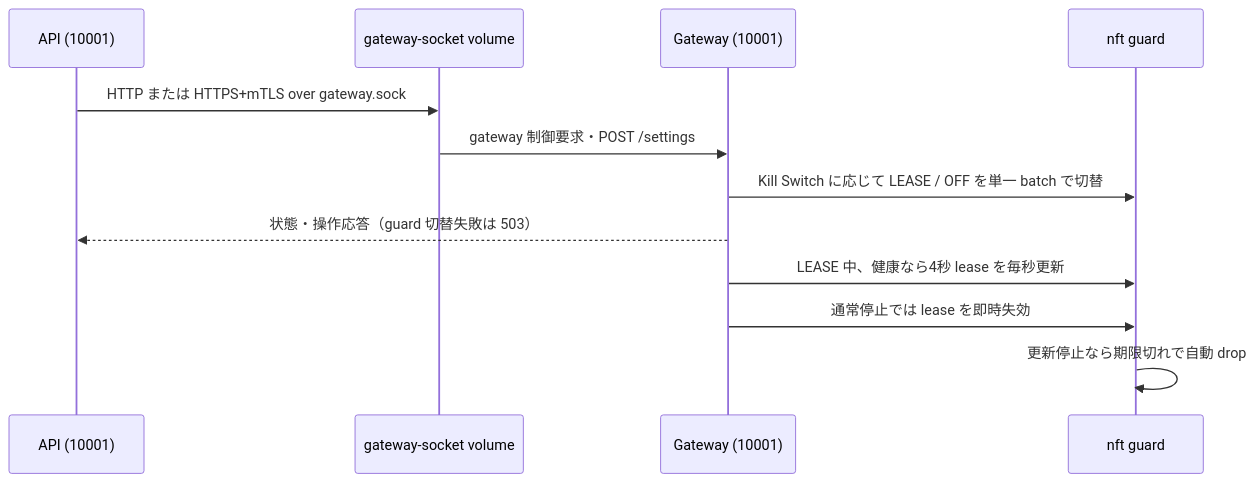
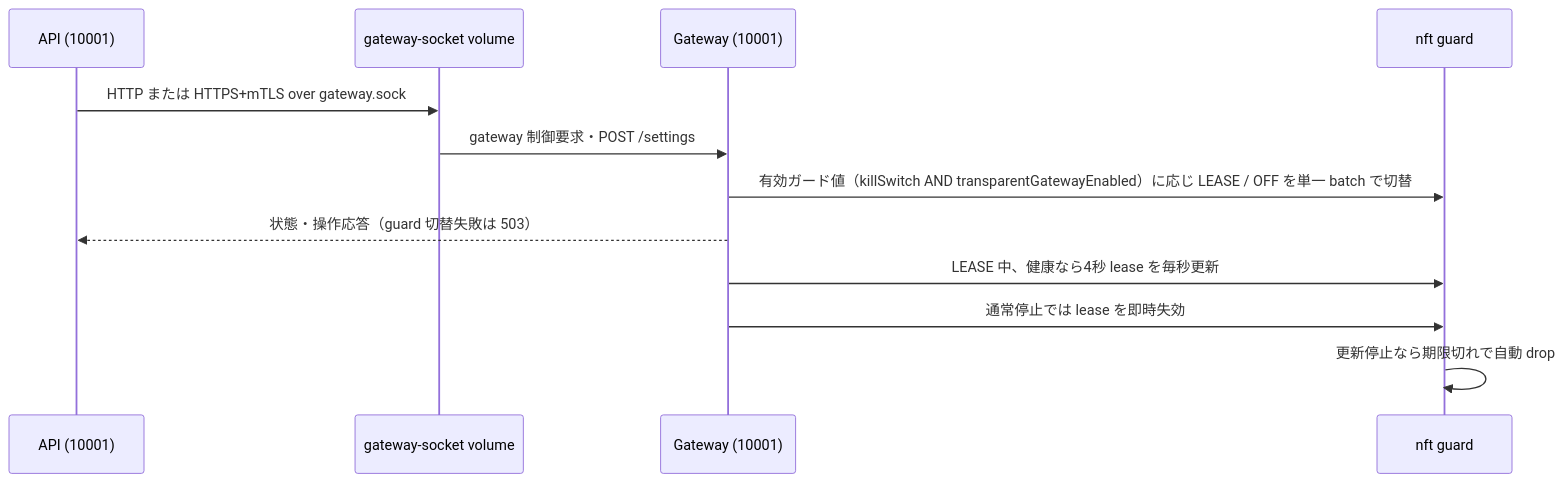
The second of 3 diagrams in .kiro/specs/single-node-deployment/design.md (nekono-dev/vpngateway-gui), drawn with Mermaid before and after one commit. The commit also changed other lines of this file and 3 other files, not shown here.

````diff
--- a/.kiro/specs/single-node-deployment/design.md
+++ b/.kiro/specs/single-node-deployment/design.md
@@ -164,14 +164,14 @@
 ```mermaid
 sequenceDiagram
   participant A as API (10001)
   participant S as gateway-socket volume
   participant G as Gateway (10001)
   participant N as nft guard
   A->>S: HTTP または HTTPS+mTLS over gateway.sock
   S->>G: gateway 制御要求・POST /settings
-  G->>N: Kill Switch に応じて LEASE / OFF を単一 batch で切替
+  G->>N: 有効ガード値（killSwitch AND transparentGatewayEnabled）に応じ LEASE / OFF を単一 batch で切替
   G-->>A: 状態・操作応答（guard 切替失敗は 503）
   G->>N: LEASE 中、健康なら4秒 lease を毎秒更新
   G->>N: 通常停止では lease を即時失効
   N->>N: 更新停止なら期限切れで自動 drop
 ```
````
